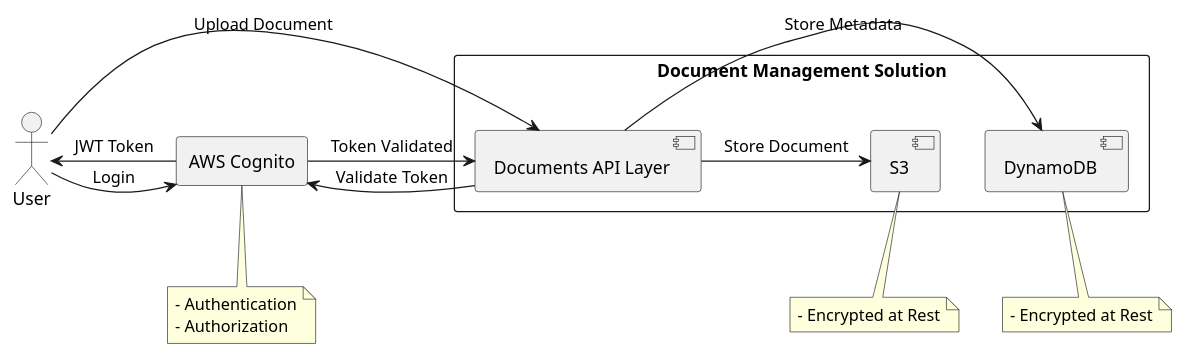
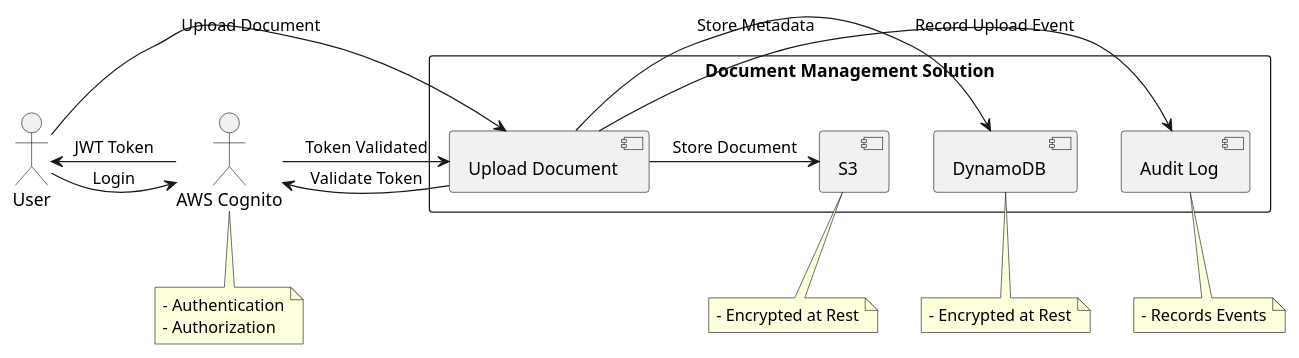
The diagram in documents-services/documents-management-solution/architecture/documents-storage-and-retrieval/security-view.plantuml (daria-serkova/aws-cdk), drawn with PlantUML before and after one commit. The commit also changed 1 other file, not shown here.

Commit message:
DMS: Added Audit log step to architecture diagram

```diff
--- a/documents-services/documents-management-solution/architecture/documents-storage-and-retrieval/security-view.plantuml
+++ b/documents-services/documents-management-solution/architecture/documents-storage-and-retrieval/security-view.plantuml
@@ -1,31 +1,36 @@
 @startuml
 actor User
-rectangle "AWS Cognito" as Cognito
+actor "AWS Cognito" as Cognito
 
 rectangle "Document Management Solution" {
     User -> Cognito : "Login"
     Cognito -> User : "JWT Token"
 
-    User -> [Documents API Layer] : "Upload Document"
-    [Documents API Layer] -> Cognito : "Validate Token"
+    User -> [Upload Document] : "Upload Document"
+    [Upload Document] -> Cognito : "Validate Token"
 
-    [Documents API Layer] -> [S3] : "Store Document"
-    [Documents API Layer] -> [DynamoDB] : "Store Metadata"
+    [Upload Document] -> [S3] : "Store Document"
+    [Upload Document] -> [DynamoDB] : "Store Metadata"
+    [Upload Document] -> [Audit Log] : "Record Upload Event"
 
-    Cognito -> [Documents API Layer] : "Token Validated"
+    Cognito -> [Upload Document] : "Token Validated"
 }
 
 note bottom of Cognito
   - Authentication
   - Authorization
 end note
 
 note bottom of [S3]
   - Encrypted at Rest
 end note
 
 note bottom of [DynamoDB]
   - Encrypted at Rest
 end note
 
+note bottom of [Audit Log]
+  - Records Events
+end note
+
 @enduml
```
